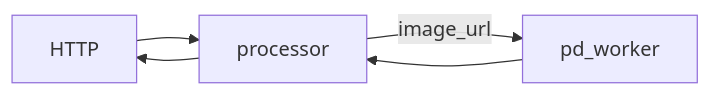
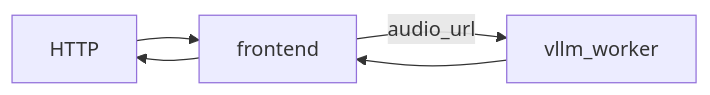
One commit to nycsv/dynamo changed the first of 3 diagrams in fern/pages-dev/features/multimodal/multimodal-vllm.md. Above: the diagram before and after it, drawn with Mermaid. The commit also changed other lines of this file and 95 other files, not shown here.

````diff
--- a/fern/pages-dev/features/multimodal/multimodal-vllm.md
+++ b/fern/pages-dev/features/multimodal/multimodal-vllm.md
@@ -174,7 +161,7 @@
 ```mermaid
 flowchart LR
-  HTTP --> processor
-  processor --> HTTP
-  processor --image_url--> pd_worker
-  pd_worker --> processor
+  HTTP --> frontend
+  frontend --> HTTP
+  frontend --audio_url--> vllm_worker
+  vllm_worker --> frontend
 ```
````
